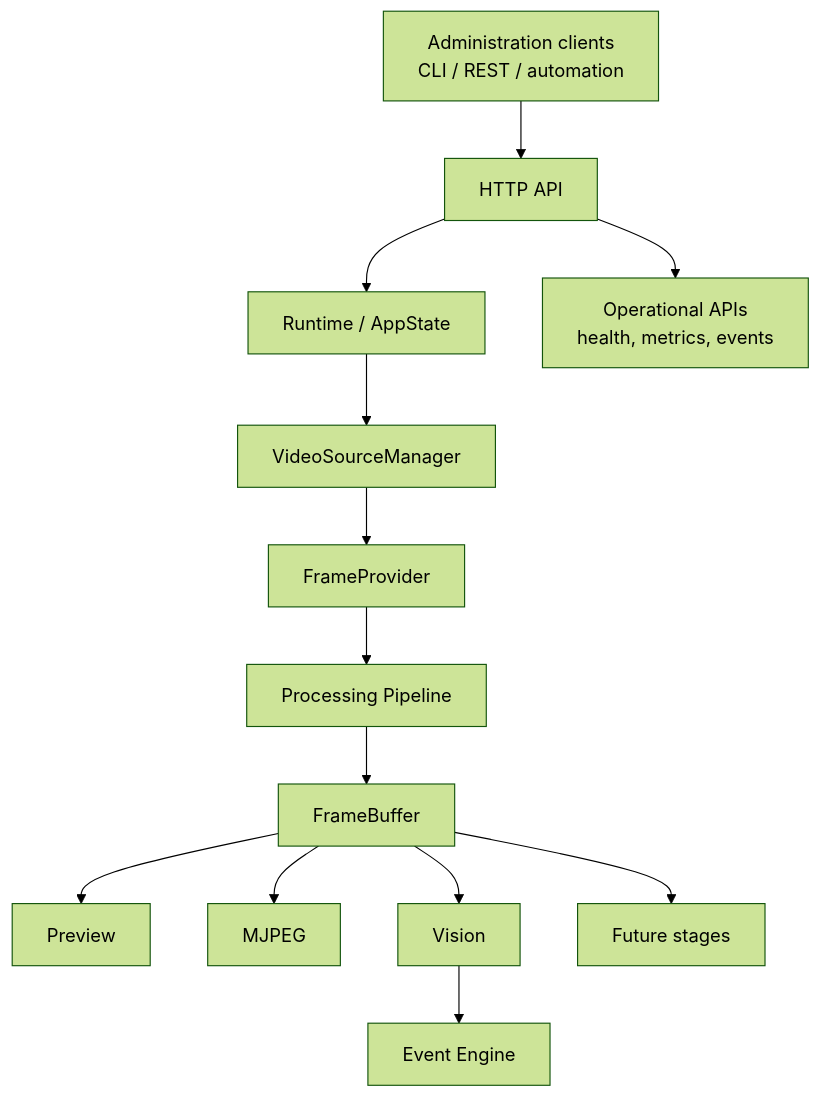
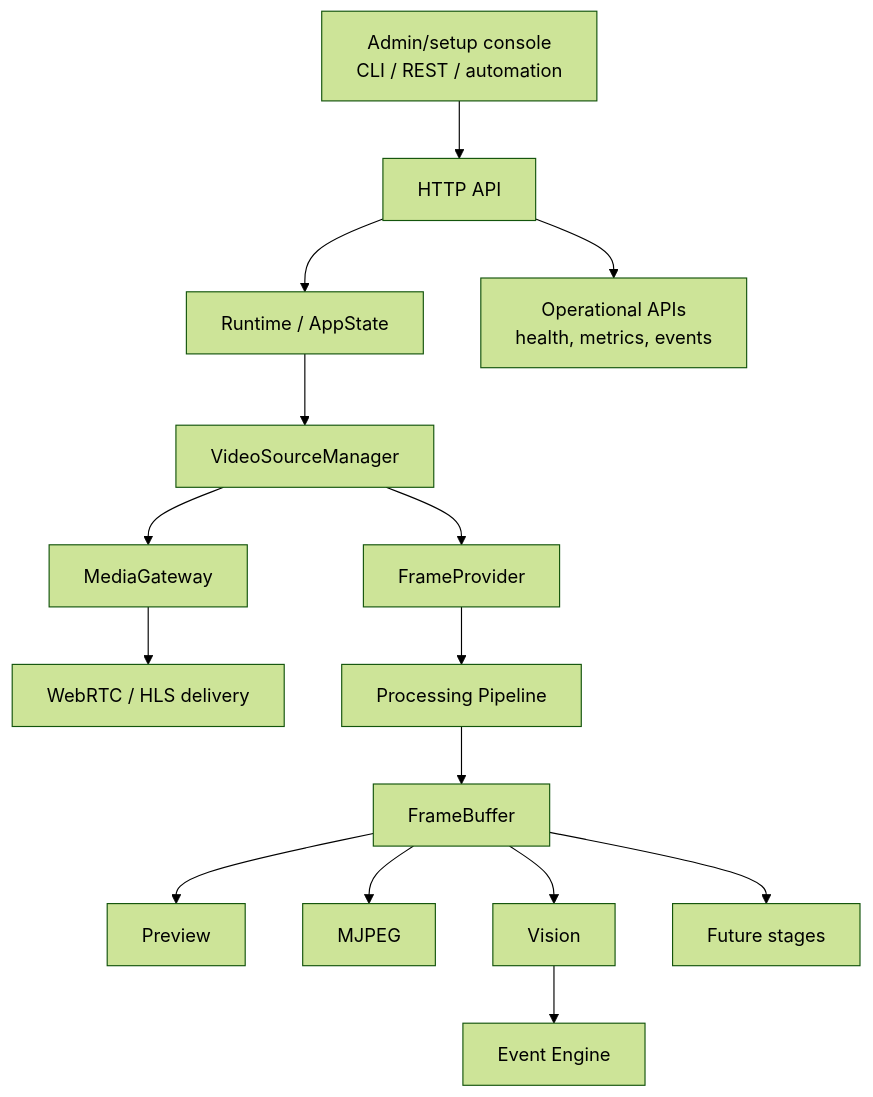
The diagram in docs/architecture.md (dcfrancisco/sentinel-streaming), drawn with Mermaid (forest theme) before and after one commit. The commit also changed other lines of this file and 45 other files, not shown here.

````diff
--- a/docs/architecture.md
+++ b/docs/architecture.md
@@ -12,15 +13,17 @@
 ```mermaid
 flowchart TD
-    Clients["Administration clients<br/>CLI / REST / automation"] --> API["HTTP API"]
+    Clients["Admin/setup console<br/>CLI / REST / automation"] --> API["HTTP API"]
     API --> State["Runtime / AppState"]
     API --> Ops["Operational APIs<br/>health, metrics, events"]
     State --> Manager["VideoSourceManager"]
+    Manager --> Media["MediaGateway"]
+    Media --> Delivery["WebRTC / HLS delivery"]
     Manager --> Provider["FrameProvider"]
     Provider --> Pipeline["Processing Pipeline"]
     Pipeline --> Buffer["FrameBuffer"]
     Buffer --> Preview["Preview"]
     Buffer --> MJPEG["MJPEG"]
     Buffer --> Vision["Vision"]
     Buffer --> Future["Future stages"]
     Vision --> Events["Event Engine"]
 ```
````
